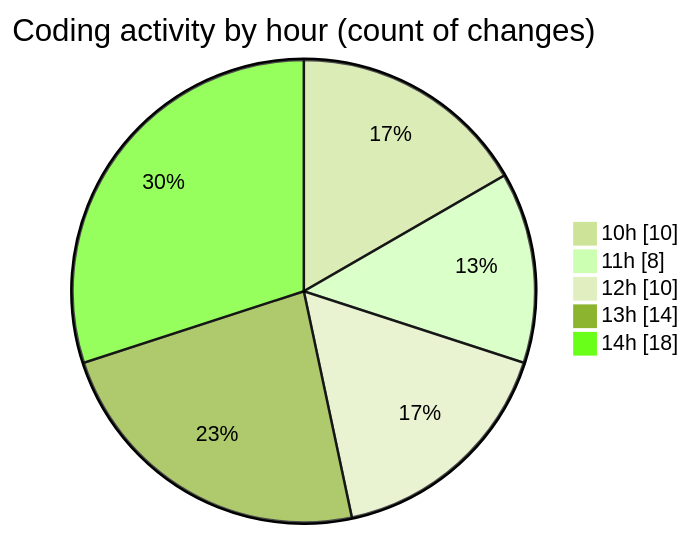
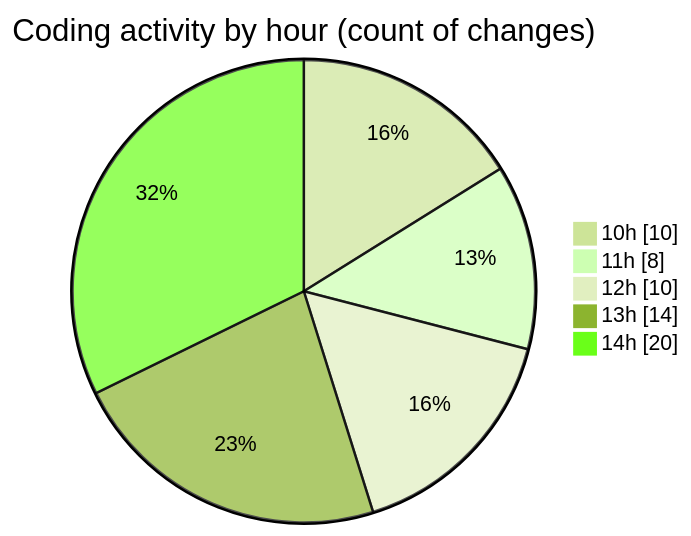
One commit to nxtqubesakshisongat/code-tracking changed the second of 2 diagrams in 2025-07-29/nxtqube_webapp/README.md. Above: the diagram before and after it, drawn with Mermaid (forest theme). The commit also changed other lines of this file and 1 other file, not shown here.

````diff
--- a/2025-07-29/nxtqube_webapp/README.md
+++ b/2025-07-29/nxtqube_webapp/README.md
@@ -36,9 +36,9 @@
 ```mermaid
 pie showData
 title Coding activity by hour (count of changes)
 "10h" : 10
 "11h" : 8
 "12h" : 10
 "13h" : 14
-"14h" : 18
+"14h" : 20
 ```
````
